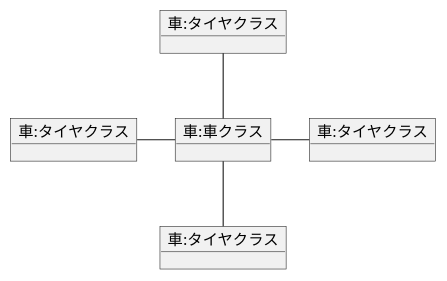
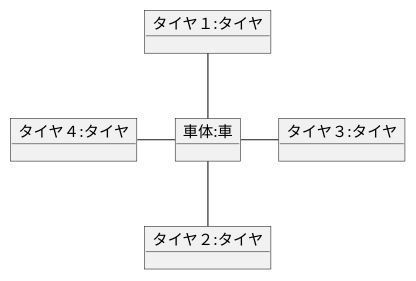
One commit to IshikawaMasato/uml-introduction changed the diagram in 演習3-4_オブジェクト図.pu. Above: the diagram before and after it, drawn with PlantUML.

Commit message:
演習３－４の修正

```diff
--- a/演習3-4_オブジェクト図.pu
+++ b/演習3-4_オブジェクト図.pu
@@ -1,22 +1,22 @@
 @startuml 演習３－４
-object "車:車クラス" as car{
+object "車体:車" as car{
     
 }
-object "車:タイヤクラス" as tire1{
+object "タイヤ１:タイヤ" as tire1{
     
 }
-object "車:タイヤクラス" as tire2{
+object "タイヤ２:タイヤ" as tire2{
     
 }
-object "車:タイヤクラス" as tire3{
+object "タイヤ３:タイヤ" as tire3{
     
 }
-object "車:タイヤクラス" as tire4{
+object "タイヤ４:タイヤ" as tire4{
     
 }
 car-up-tire1
 car-down-tire2
 car-ri-tire3
 car-le-tire4
 
 @enduml
```
